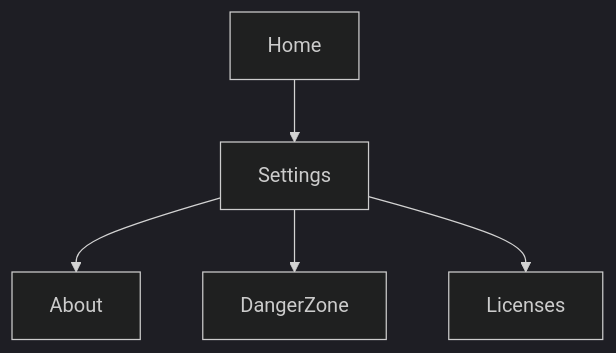
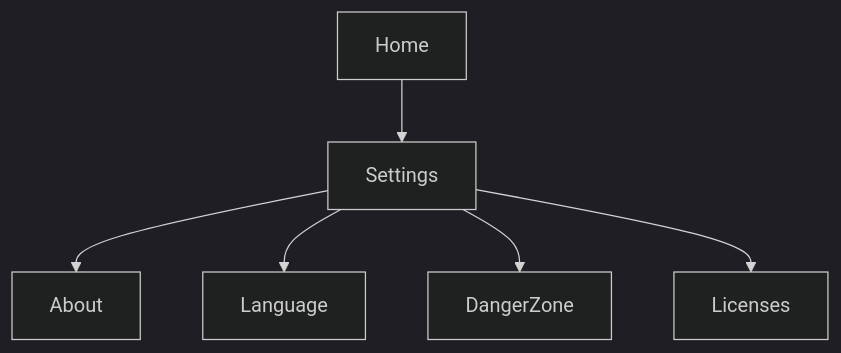
One commit to mgagp/ezkey changed the third of 3 diagrams in ezkey_mobile/docs/MOBILE_SCREENS_AND_WIREFLOWS.md. Above: the diagram before and after it, drawn with Mermaid (dark theme). The commit also changed other lines of this file and 27 other files, not shown here.

````diff
--- a/ezkey_mobile/docs/MOBILE_SCREENS_AND_WIREFLOWS.md
+++ b/ezkey_mobile/docs/MOBILE_SCREENS_AND_WIREFLOWS.md
@@ -212,7 +214,8 @@
 ```mermaid
 flowchart TD
   Home --> Settings
   Settings --> About
+  Settings --> Language
   Settings --> DangerZone
   Settings --> Licenses
 ```
````
